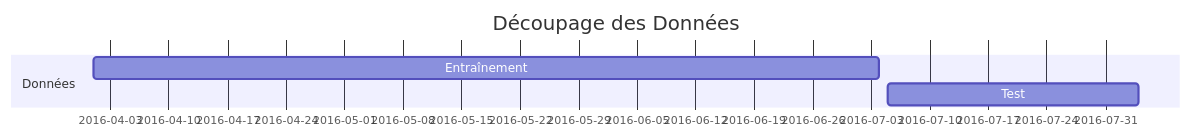
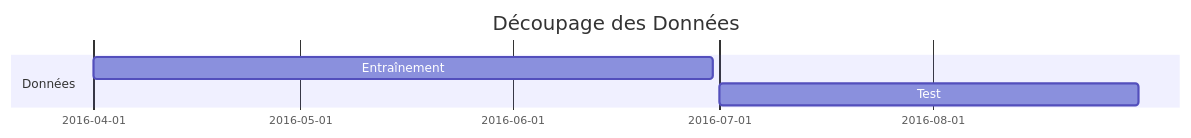
The diagram in _posts/2024-05-05-TER.md (Hisqkq/Hisqkq.github.io), drawn with Mermaid before and after one commit. The commit also changed 3 other files, not shown here.

````diff
--- a/_posts/2024-05-05-TER.md
+++ b/_posts/2024-05-05-TER.md
@@ -144,8 +144,9 @@
 ```mermaid
 gantt
     title Découpage des Données
     dateFormat  YYYY-MM-DD
+    axisFormat  %Y-%m-%d
     section Données
-    Entraînement :a1, 2016-04-01, 2016-07-04
-    Test         :a2, 2016-07-05, 2016-08-04
+    Entraînement :a1, 2016-04-01, 2016-06-30
+    Test         :a2, 2016-07-01, 2016-08-31
 ```
````
